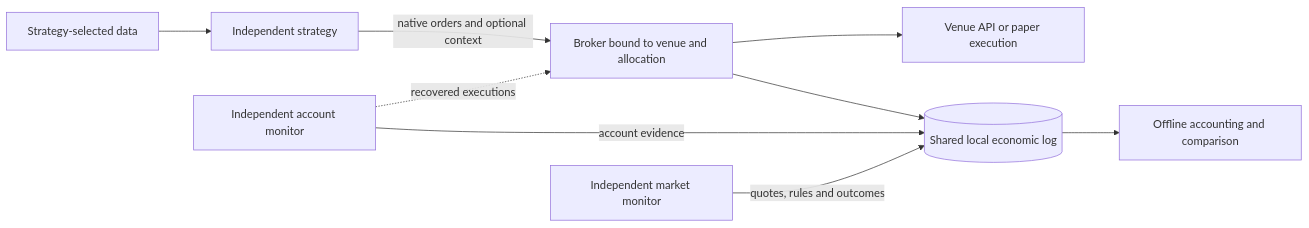
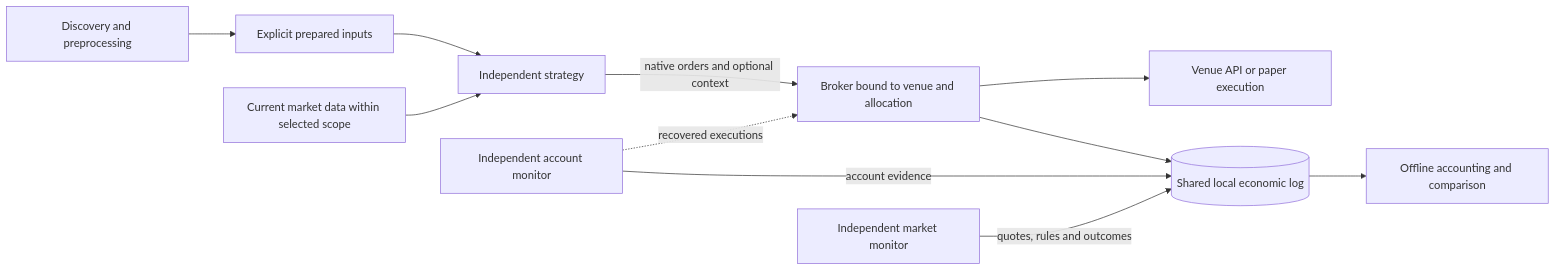
The diagram in docs/design-principles.md (Zack-Ellington/cz-quant), drawn with Mermaid before and after one commit. The commit also changed other lines of this file and 2 other files, not shown here.

Commit message:
docs: clarify preprocessing and portfolio boundaries

````diff
--- a/docs/design-principles.md
+++ b/docs/design-principles.md
@@ -111,11 +132,13 @@
 ```mermaid
 flowchart LR
-    D[Strategy-selected data] --> S[Independent strategy]
+    P[Discovery and preprocessing] --> I[Explicit prepared inputs]
+    I --> S[Independent strategy]
+    D[Current market data within selected scope] --> S
     S -->|native orders and optional context| B[Broker bound to venue and allocation]
     B --> E[Venue API or paper execution]
     B --> L[(Shared local economic log)]
     A[Independent account monitor] -->|account evidence| L
     A -.->|recovered executions| B
     M[Independent market monitor] -->|quotes, rules and outcomes| L
     L --> R[Offline accounting and comparison]
 ```
````
